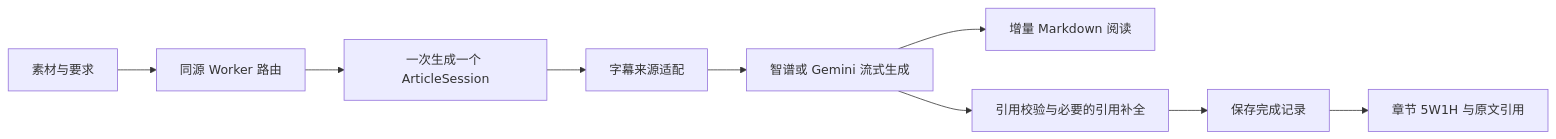
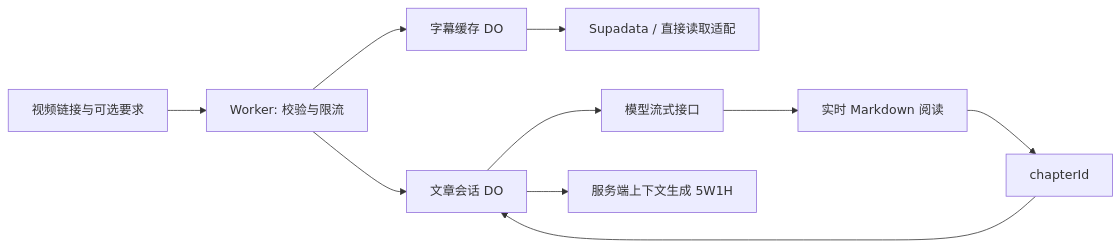
Before and after one commit to mixuechu/recast-xvc: the diagram in docs/ARCHITECTURE.md, drawn with Mermaid. The commit also changed other lines of this file and 56 other files, not shown here.

````diff
--- a/docs/ARCHITECTURE.md
+++ b/docs/ARCHITECTURE.md
@@ -5,11 +3,12 @@
 ```mermaid
 flowchart LR
-  A[素材与要求] --> B[同源 Worker 路由]
-  B --> C[一次生成一个 ArticleSession]
-  C --> D[字幕来源适配]
-  D --> E[智谱或 Gemini 流式生成]
-  E --> F[增量 Markdown 阅读]
-  E --> G[引用校验与必要的引用补全]
-  G --> H[保存完成记录]
-  H --> I[章节 5W1H 与原文引用]
+  A[视频链接与可选要求] --> B[Worker: 校验与限流]
+  B --> C[字幕缓存 DO]
+  C --> D[Supadata / 直接读取适配]
+  B --> E[文章会话 DO]
+  E --> F[模型流式接口]
+  F --> G[实时 Markdown 阅读]
+  G --> H[chapterId]
+  H --> E
+  E --> I[服务端上下文生成 5W1H]
 ```
````
